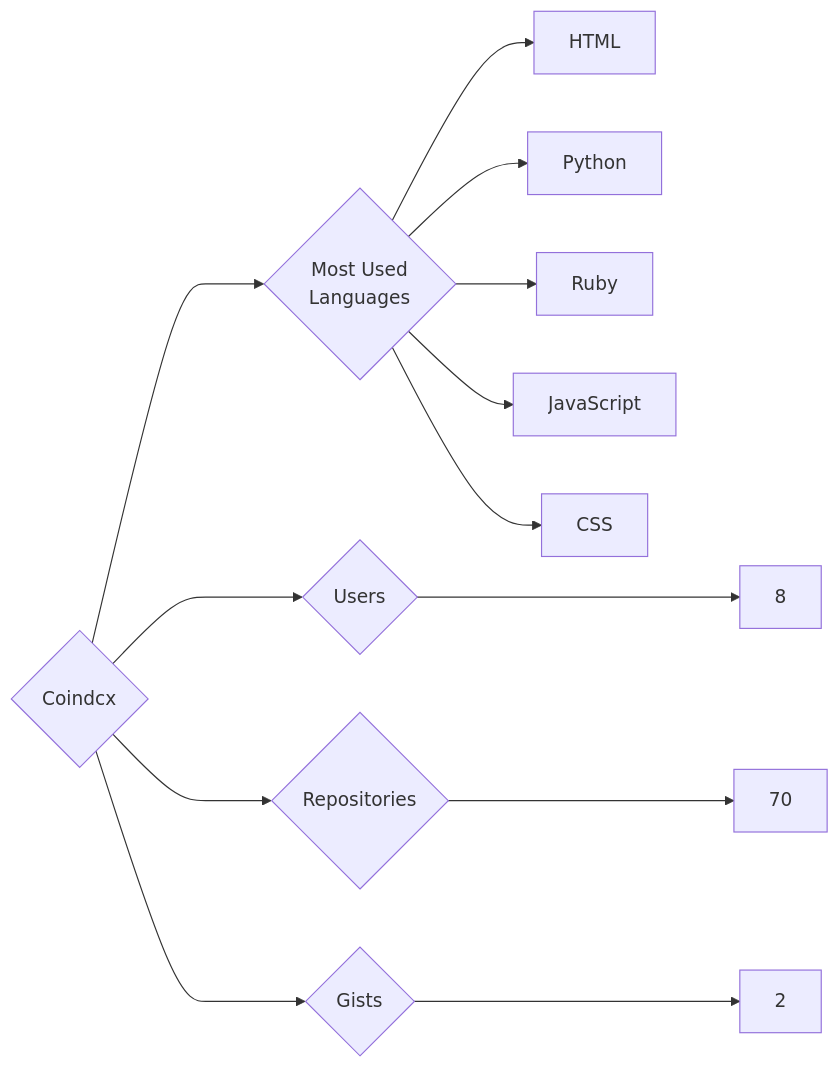
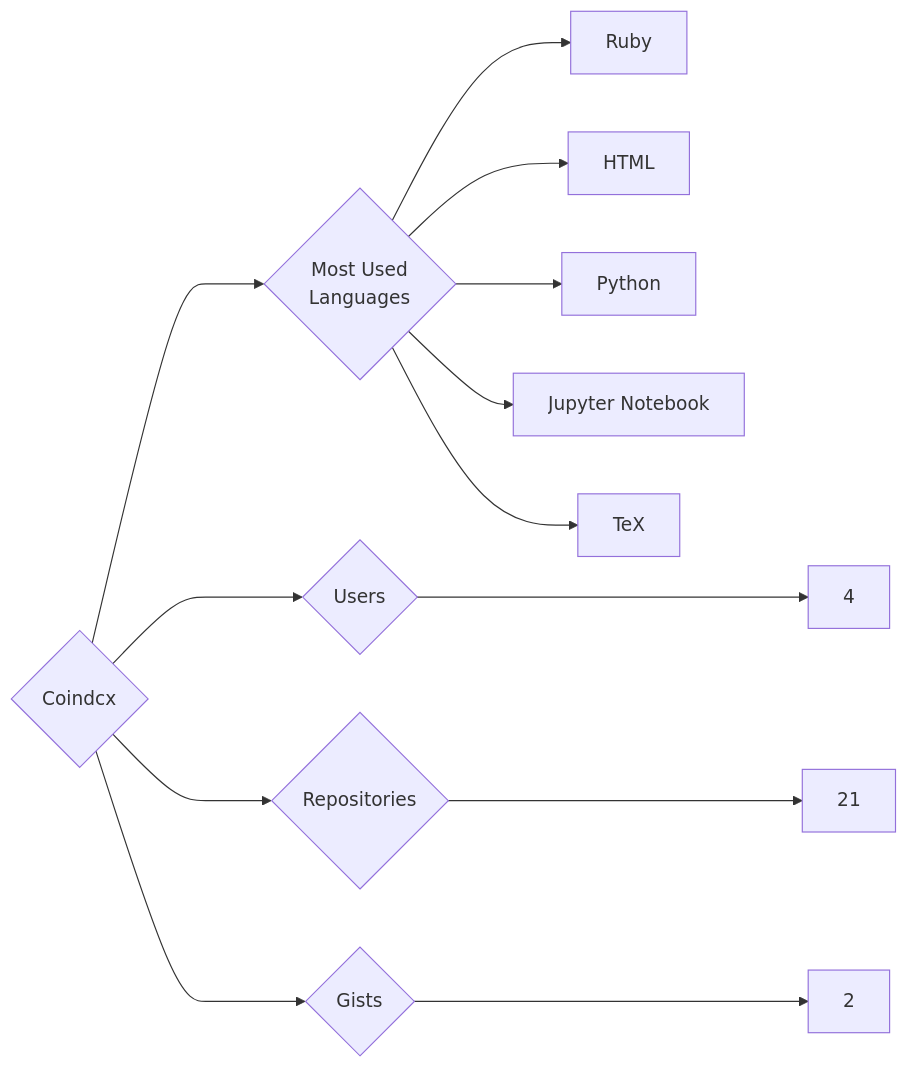
Before and after one commit to trickest/insiders: the diagram in targets/Coindcx/README.md, drawn with Mermaid. The commit also changed 1088 other files, not shown here.

````diff
--- a/targets/Coindcx/README.md
+++ b/targets/Coindcx/README.md
@@ -3,13 +3,13 @@
 ```mermaid
 graph LR
 COMPANY_NAME{Coindcx}
-COMPANY_NAME ---> U{Users} ---> UN[8]
-COMPANY_NAME ---> R{Repositories} ---> RN[70]
+COMPANY_NAME ---> U{Users} ---> UN[4]
+COMPANY_NAME ---> R{Repositories} ---> RN[21]
 COMPANY_NAME ---> G{Gists} ---> GN[2]
 COMPANY_NAME ---> ML{Most Used<br>Languages}
+ML --> Ruby[Ruby]
 ML --> HTML[HTML]
 ML --> Python[Python]
-ML --> Ruby[Ruby]
-ML --> JavaScript[JavaScript]
-ML --> CSS[CSS]
+ML --> Jupyter_Notebook[Jupyter Notebook]
+ML --> TeX[TeX]
 ```
````
